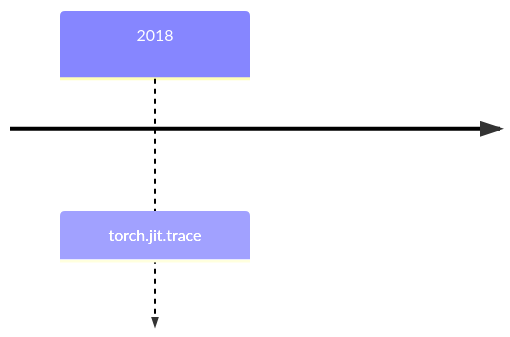
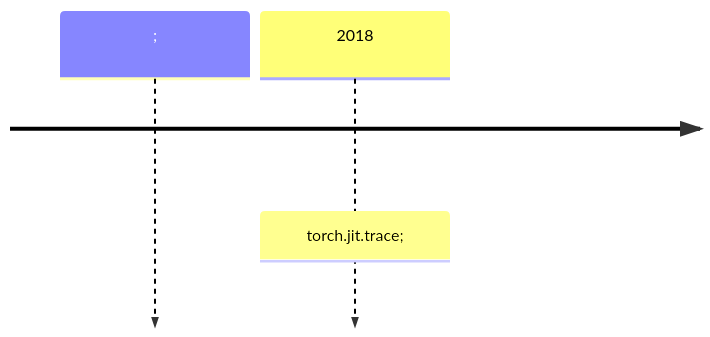
One commit to yuehniu/homepage changed the diagram in _posts/2025-11-02-torchfx.md. Above: the diagram before and after it, drawn with Mermaid.

Commit message:
Blog: PyTorch Graph and Tracing

````diff
--- a/_posts/2025-11-02-torchfx.md
+++ b/_posts/2025-11-02-torchfx.md
@@ -22,4 +22,4 @@
 ```mermaid
-timeline
-    2018 : torch.jit.trace
+timeline;
+    2018 : torch.jit.trace;
 ```
````
